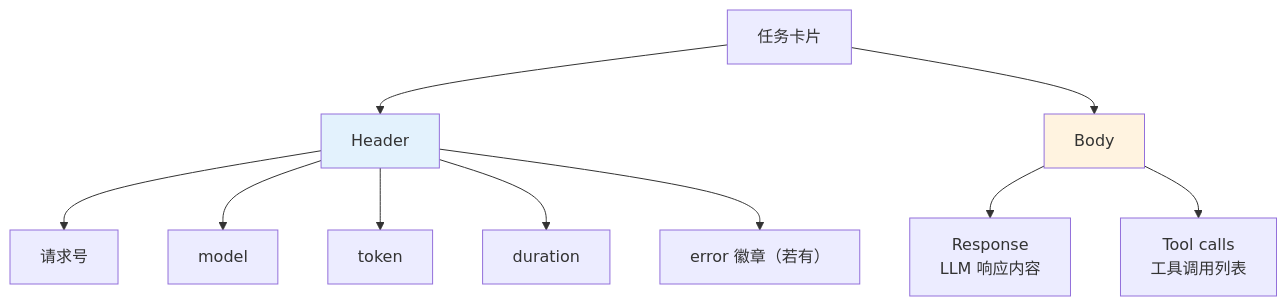
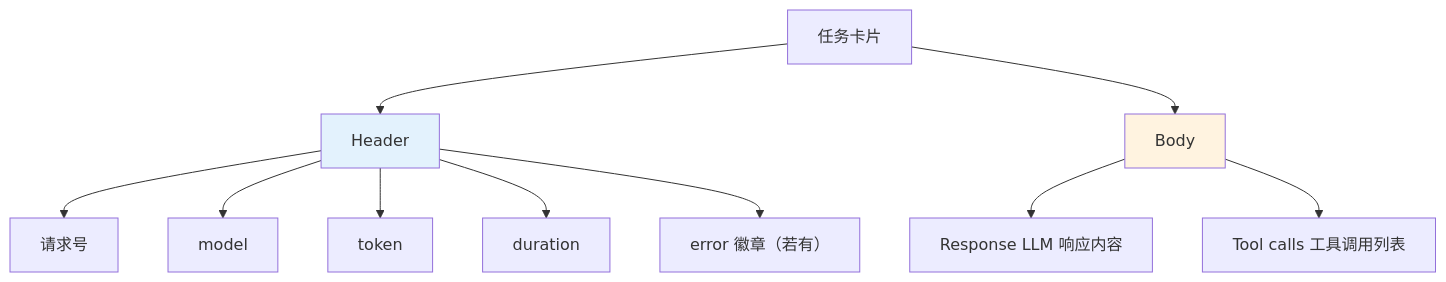
One commit to awesome-flexloop/awesome-okf changed the eighth of 10 diagrams in doc/bundles/jishu/ai/products/open-code-review/concepts/05-session-telemetry.md. Above: the diagram before and after it, drawn with Mermaid. The commit also changed other lines of this file and 10 other files, not shown here.

First line of the commit message:
docs(bundle): 清偿 Open Code Review 存量 Mermaid 违规避免规范漂移累积

````diff
--- a/doc/bundles/jishu/ai/products/open-code-review/concepts/05-session-telemetry.md
+++ b/doc/bundles/jishu/ai/products/open-code-review/concepts/05-session-telemetry.md
@@ -475,18 +467,15 @@
 ```mermaid
 graph TB
     CARD["任务卡片"]
     CARD --> HEAD["Header"]
     CARD --> BODY["Body"]
-
     HEAD --> H1["请求号"]
     HEAD --> H2["model"]
     HEAD --> H3["token"]
     HEAD --> H4["duration"]
     HEAD --> H5["error 徽章（若有）"]
-
-    BODY --> RESP["Response<br/>LLM 响应内容"]
-    BODY --> TOOLS["Tool calls<br/>工具调用列表"]
-
+    BODY --> RESP["Response LLM 响应内容"]
+    BODY --> TOOLS["Tool calls 工具调用列表"]
     style HEAD fill:#e3f2fd
     style BODY fill:#fff3e0
 ```
````
